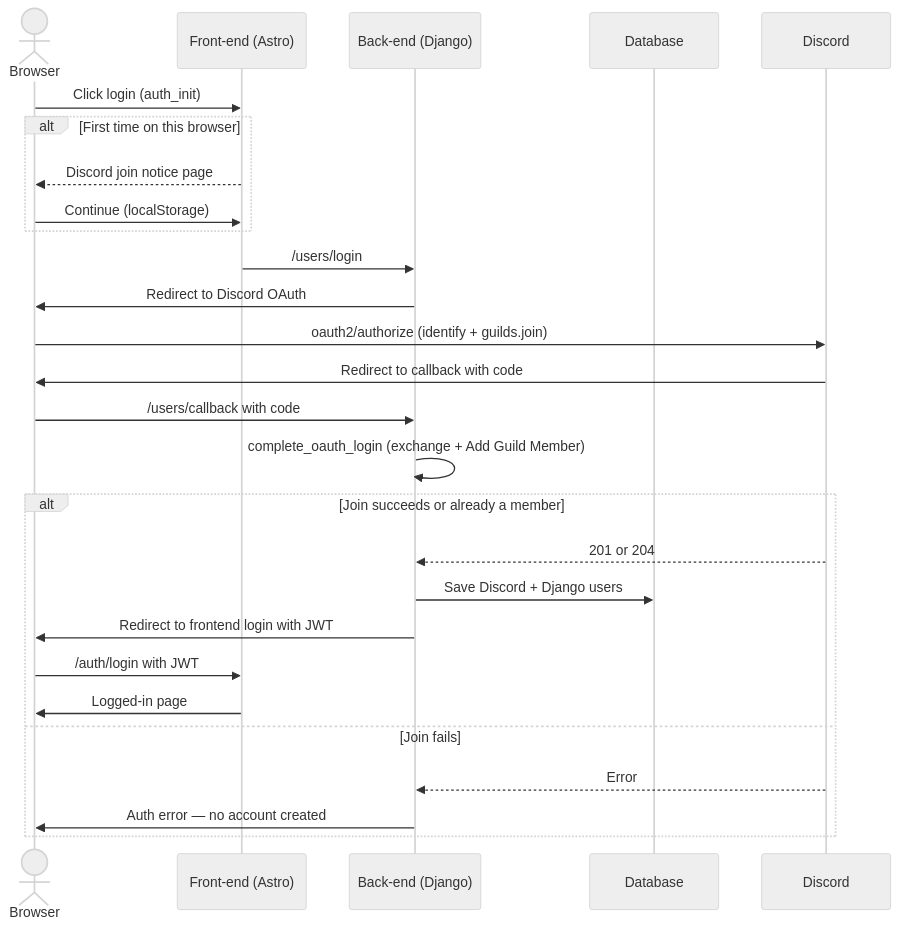
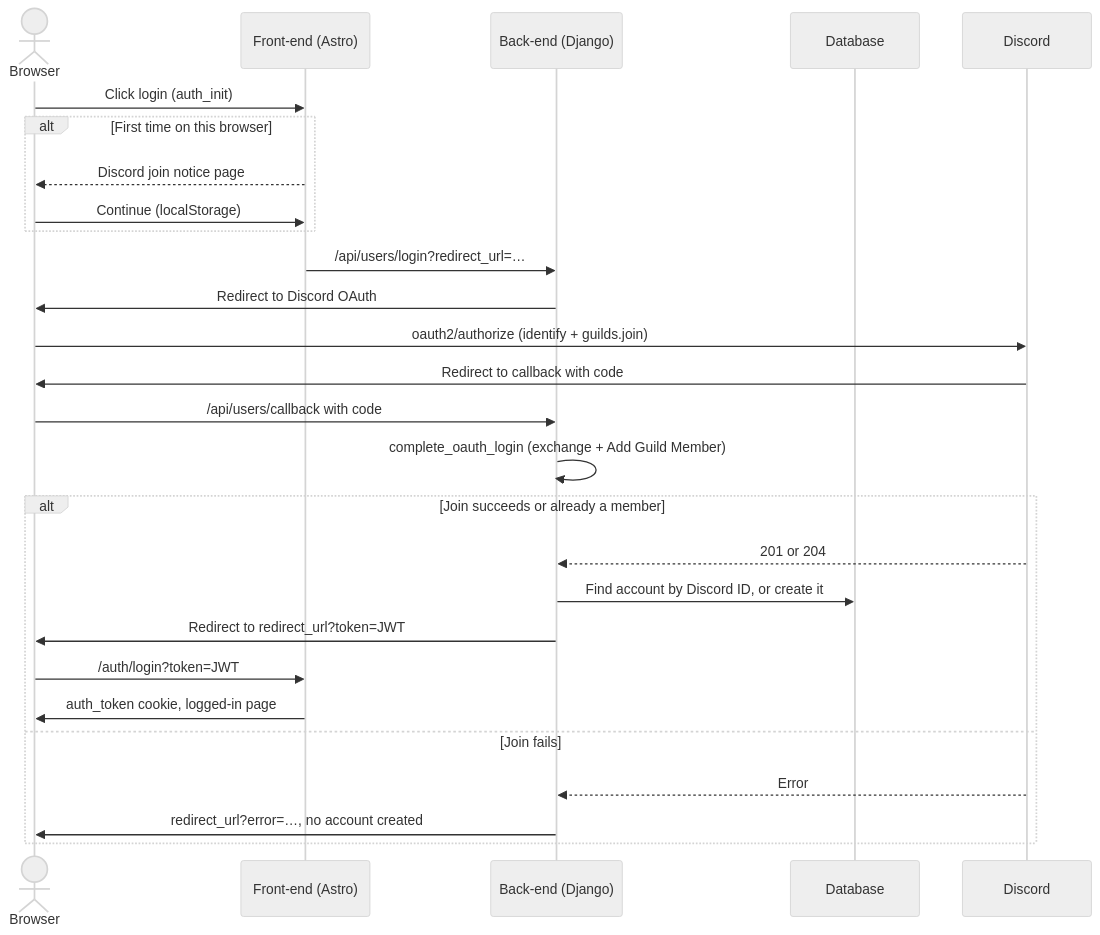
One commit to minmatarfleet/minmatar.org changed the diagram in docs/auth/authentication.md. Above: the diagram before and after it, drawn with Mermaid (neutral theme). The commit also changed other lines of this file and 1136 other files, not shown here.

````diff
--- a/docs/auth/authentication.md
+++ b/docs/auth/authentication.md
@@ -7,30 +20,30 @@
 ```mermaid
 sequenceDiagram
     actor Browser
     participant FrontEnd as Front-end (Astro)
     participant BackEnd as Back-end (Django)
     participant DB as Database
     participant Discord
 
     Browser->>FrontEnd: Click login (auth_init)
     alt First time on this browser
         FrontEnd-->>Browser: Discord join notice page
         Browser->>FrontEnd: Continue (localStorage)
     end
-    FrontEnd->>BackEnd: /users/login
+    FrontEnd->>BackEnd: /api/users/login?redirect_url=…
     BackEnd->>Browser: Redirect to Discord OAuth
     Browser->>Discord: oauth2/authorize (identify + guilds.join)
     Discord->>Browser: Redirect to callback with code
-    Browser->>BackEnd: /users/callback with code
+    Browser->>BackEnd: /api/users/callback with code
     BackEnd->>BackEnd: complete_oauth_login (exchange + Add Guild Member)
     alt Join succeeds or already a member
         Discord-->>BackEnd: 201 or 204
-        BackEnd->>DB: Save Discord + Django users
-        BackEnd->>Browser: Redirect to frontend login with JWT
-        Browser->>FrontEnd: /auth/login with JWT
-        FrontEnd->>Browser: Logged-in page
+        BackEnd->>DB: Find account by Discord ID, or create it
+        BackEnd->>Browser: Redirect to redirect_url?token=JWT
+        Browser->>FrontEnd: /auth/login?token=JWT
+        FrontEnd->>Browser: auth_token cookie, logged-in page
     else Join fails
         Discord-->>BackEnd: Error
-        BackEnd->>Browser: Auth error — no account created
+        BackEnd->>Browser: redirect_url?error=…, no account created
     end
 ```
````
